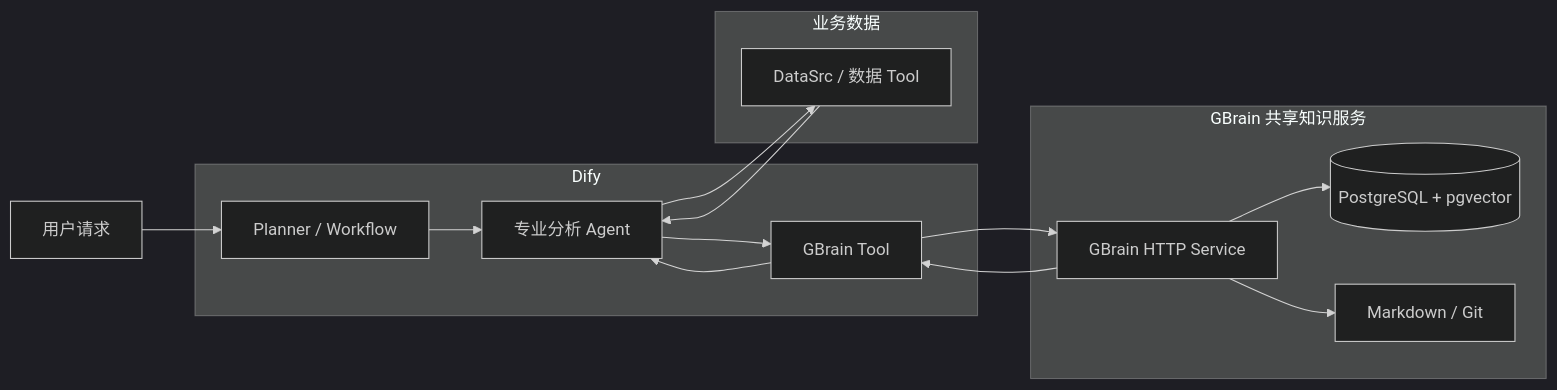
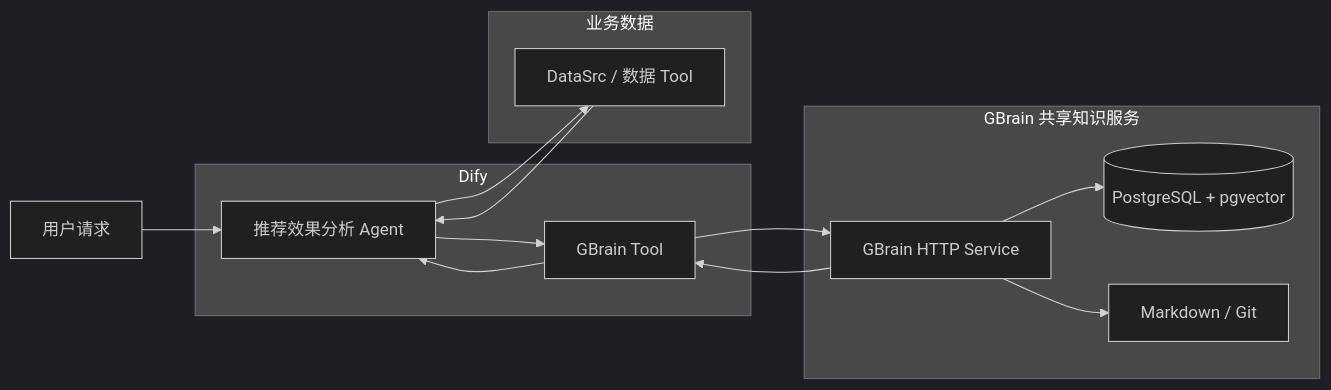
The second of 6 diagrams in weekly-report/gbrain-dify-shared-knowledge.md (sgfd-ui/internship), drawn with Mermaid (dark theme) before and after one commit. The commit also changed other lines of this file, not shown here.

Commit message:
merge analysis agent nodes in architecture

````diff
--- a/weekly-report/gbrain-dify-shared-knowledge.md
+++ b/weekly-report/gbrain-dify-shared-knowledge.md
@@ -62,28 +62,27 @@
 ```mermaid
 flowchart LR
     U[用户请求]
 
     subgraph D[Dify]
-        P[Planner / Workflow]
-        A[专业分析 Agent]
+        A[推荐效果分析 Agent]
         GT[GBrain Tool]
     end
 
     subgraph B[业务数据]
         DS[DataSrc / 数据 Tool]
     end
 
     subgraph G[GBrain 共享知识服务]
         API[GBrain HTTP Service]
         DB[(PostgreSQL + pgvector)]
         MD[Markdown / Git]
     end
 
-    U --> P --> A
+    U --> A
     A --> DS
     A --> GT --> API
     API --> DB
     API --> MD
     DS --> A
     API --> GT --> A
 ```
````
